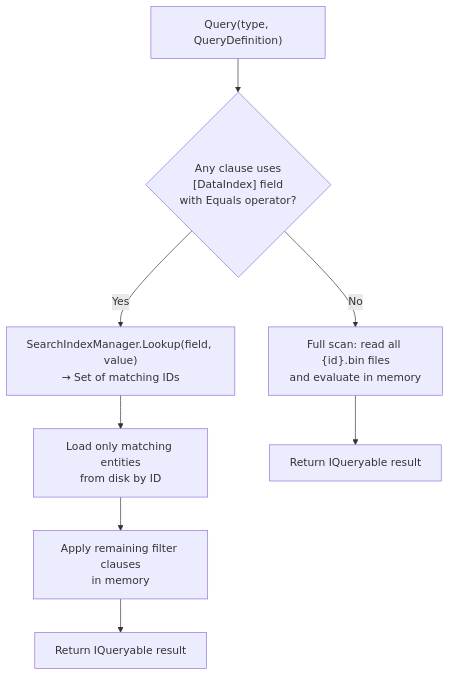
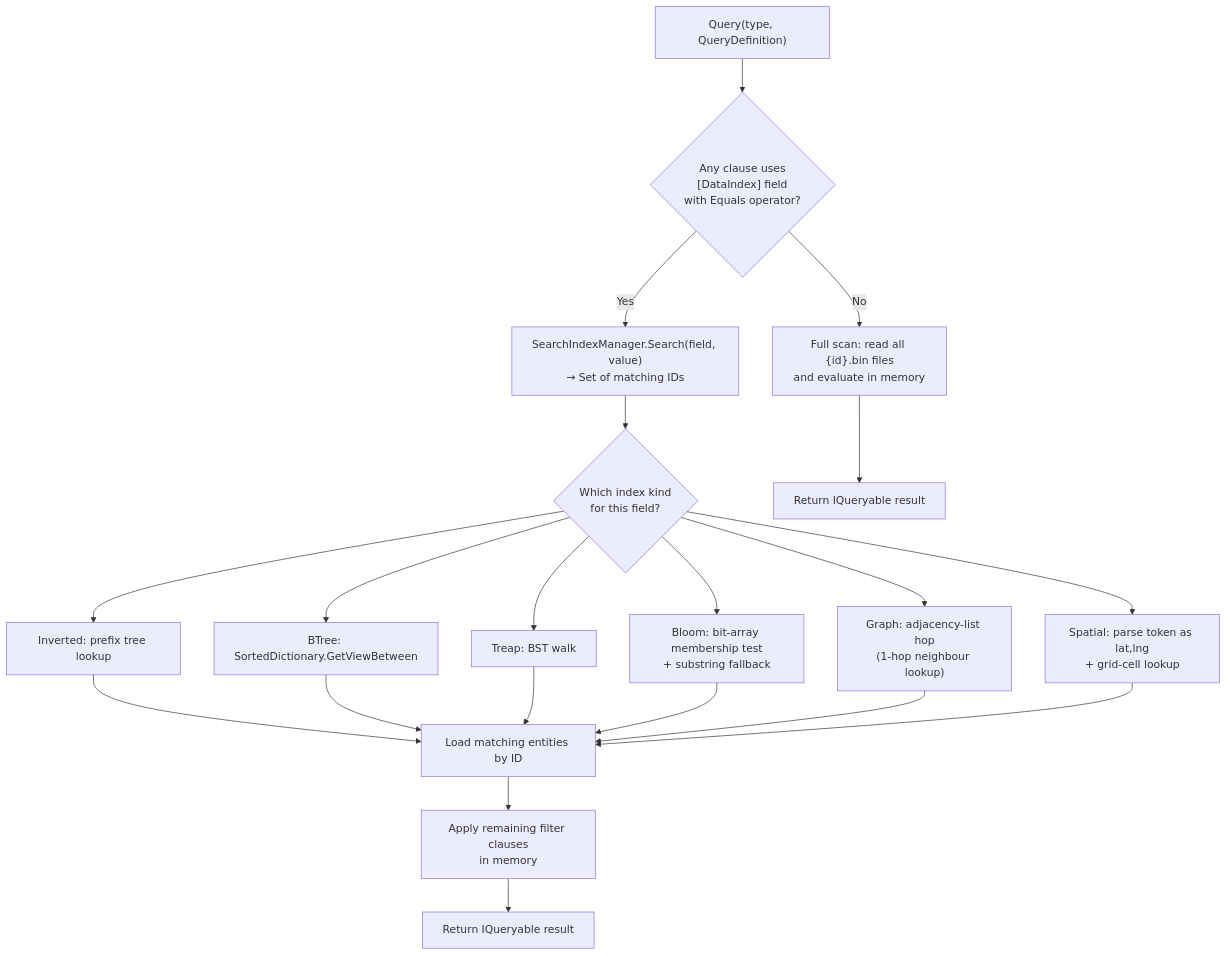
The fifth of 5 diagrams in docs/architecture/indexing.md (WillEastbury/BareMetalWeb), drawn with Mermaid before and after one commit. The commit also changed other lines of this file and 6 other files, not shown here.

Commit message:
docs: comprehensive documentation run - handlers reference, vector index, graph/spatial indexes, architecture updates

````diff
--- a/docs/architecture/indexing.md
+++ b/docs/architecture/indexing.md
@@ -104,12 +127,26 @@
 ```mermaid
 flowchart TD
-    Q["Query(type, QueryDefinition)"] --> Check{"Any clause uses<br/>[DataIndex] field<br/>with Equals operator?"}
-    Check -->|Yes| Idx["SearchIndexManager.Lookup(field, value)<br/>→ Set of matching IDs"]
-    Check -->|No| Full["Full scan: read all {id}.bin files<br/>and evaluate in memory"]
+    Q["Query(type, QueryDefinition)"] --> Check{"Any clause uses\n[DataIndex] field\nwith Equals operator?"}
+    Check -->|Yes| Idx["SearchIndexManager.Search(field, value)\n→ Set of matching IDs"]
+    Check -->|No| Full["Full scan: read all {id}.bin files\nand evaluate in memory"]
 
-    Idx --> Load["Load only matching entities<br/>from disk by ID"]
-    Load --> PostFilter["Apply remaining filter clauses<br/>in memory"]
+    Idx --> IndexKindCheck{"Which index kind\nfor this field?"}
+    IndexKindCheck --> InvRes["Inverted: prefix tree lookup"]
+    IndexKindCheck --> BTreeRes["BTree: SortedDictionary.GetViewBetween"]
+    IndexKindCheck --> TreapRes["Treap: BST walk"]
+    IndexKindCheck --> BloomRes["Bloom: bit-array membership test\n+ substring fallback"]
+    IndexKindCheck --> GraphRes["Graph: adjacency-list hop\n(1-hop neighbour lookup)"]
+    IndexKindCheck --> SpatialRes["Spatial: parse token as lat,lng\n+ grid-cell lookup"]
+
+    InvRes --> Load["Load matching entities by ID"]
+    BTreeRes --> Load
+    TreapRes --> Load
+    BloomRes --> Load
+    GraphRes --> Load
+    SpatialRes --> Load
+
+    Load --> PostFilter["Apply remaining filter clauses\nin memory"]
     PostFilter --> Result["Return IQueryable result"]
 
     Full --> Result2["Return IQueryable result"]
 ```
````
